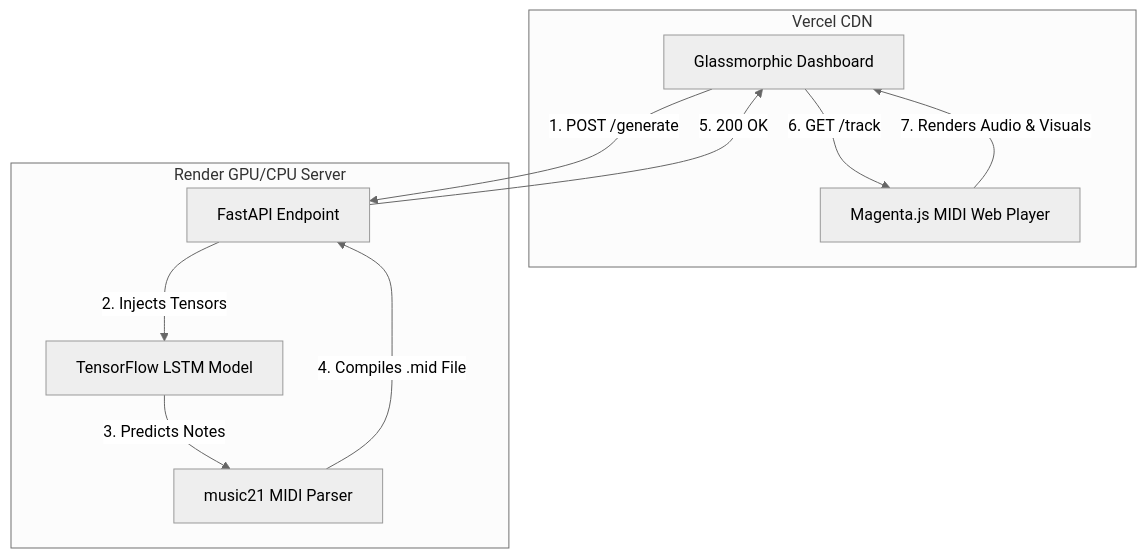
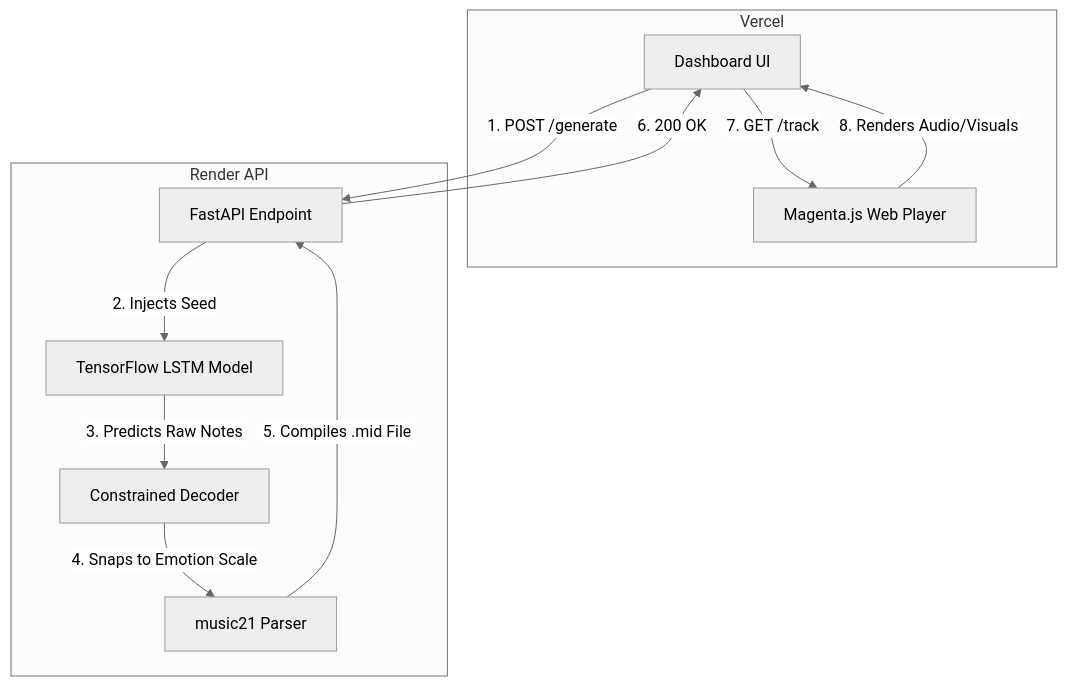
Before and after one commit to Suyogya-Tiwari/Affective-music-ai: the diagram in README.md, drawn with Mermaid (neutral theme). The commit also changed other lines of this file and 32 other files, not shown here.

````diff
--- a/README.md
+++ b/README.md
@@ -24,21 +24,23 @@
 ```mermaid
 graph TD
-    subgraph Frontend ["Vercel CDN"]
-        UI["Glassmorphic Dashboard"]
-        Player["Magenta.js MIDI Web Player"]
+    subgraph Frontend ["Vercel"]
+        UI["Dashboard UI"]
+        Player["Magenta.js Web Player"]
     end
 
-    subgraph Backend ["Render GPU/CPU Server"]
+    subgraph Backend ["Render API"]
         API["FastAPI Endpoint"]
-        Music21["music21 MIDI Parser"]
+        Filter["Constrained Decoder"]
+        Music21["music21 Parser"]
         Brain["TensorFlow LSTM Model"]
     end
 
     UI -->|"1. POST /generate"| API
-    API -->|"2. Injects Tensors"| Brain
-    Brain -->|"3. Predicts Notes"| Music21
-    Music21 -->|"4. Compiles .mid File"| API
-    API -->|"5. 200 OK"| UI
-    UI -->|"6. GET /track"| Player
-    Player -->|"7. Renders Audio & Visuals"| UI
+    API -->|"2. Injects Seed"| Brain
+    Brain -->|"3. Predicts Raw Notes"| Filter
+    Filter -->|"4. Snaps to Emotion Scale"| Music21
+    Music21 -->|"5. Compiles .mid File"| API
+    API -->|"6. 200 OK"| UI
+    UI -->|"7. GET /track"| Player
+    Player -->|"8. Renders Audio/Visuals"| UI
 ```
````
